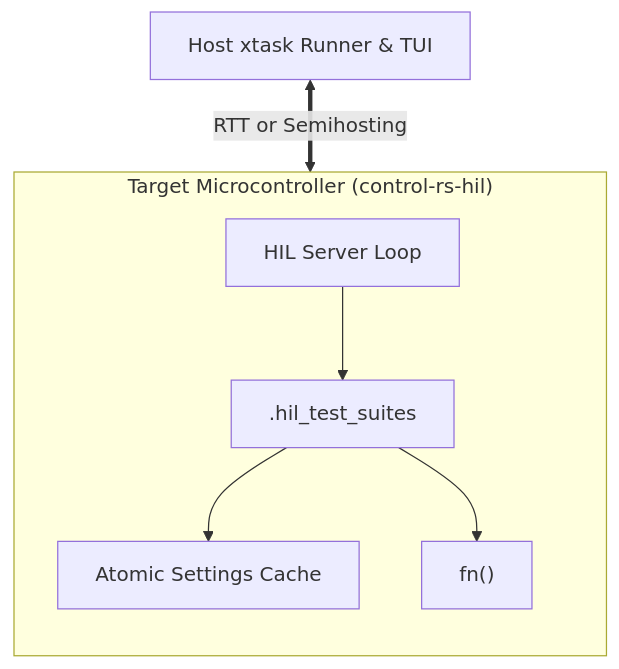
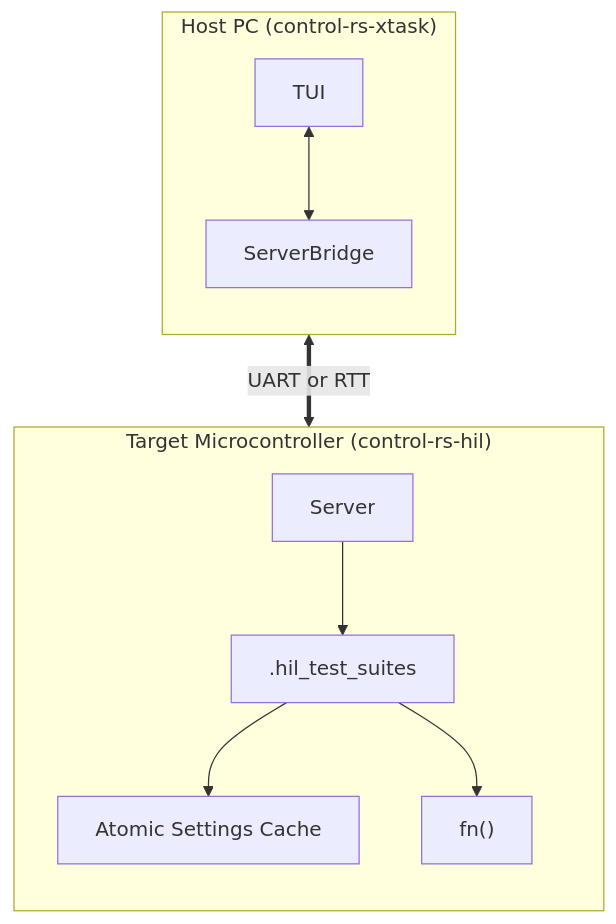
Before and after one commit to Dyse-Industries/control-rs: the diagram in documentation/xtask/design/test-suite-design-doc.md, drawn with Mermaid. The commit also changed other lines of this file and 56 other files, not shown here.

````diff
--- a/documentation/xtask/design/test-suite-design-doc.md
+++ b/documentation/xtask/design/test-suite-design-doc.md
@@ -83,17 +61,22 @@
 ```mermaid
 flowchart TD
-    Host["Host xtask Runner & TUI"]
+    Host <==>|UART or RTT| MCU
+
+    subgraph Host ["Host PC (control-rs-xtask)"]
+        direction TB
+        TUI["TUI"]
+        Bridge["ServerBridge"]
+        TUI <--> Bridge
+    end
 
     subgraph MCU ["Target Microcontroller (control-rs-hil)"]
         direction TB
-        Server["HIL Server Loop"]
+        Server["Server"]
         Suites[".hil_test_suites"]
         Settings["Atomic Settings Cache"]
-        Tests["fn()"]
+        Tests["fn() "]
         Server --> Suites
         Suites --> Settings
         Suites --> Tests
     end
-
-    Host <==>|RTT or Semihosting| MCU
 ```
````
